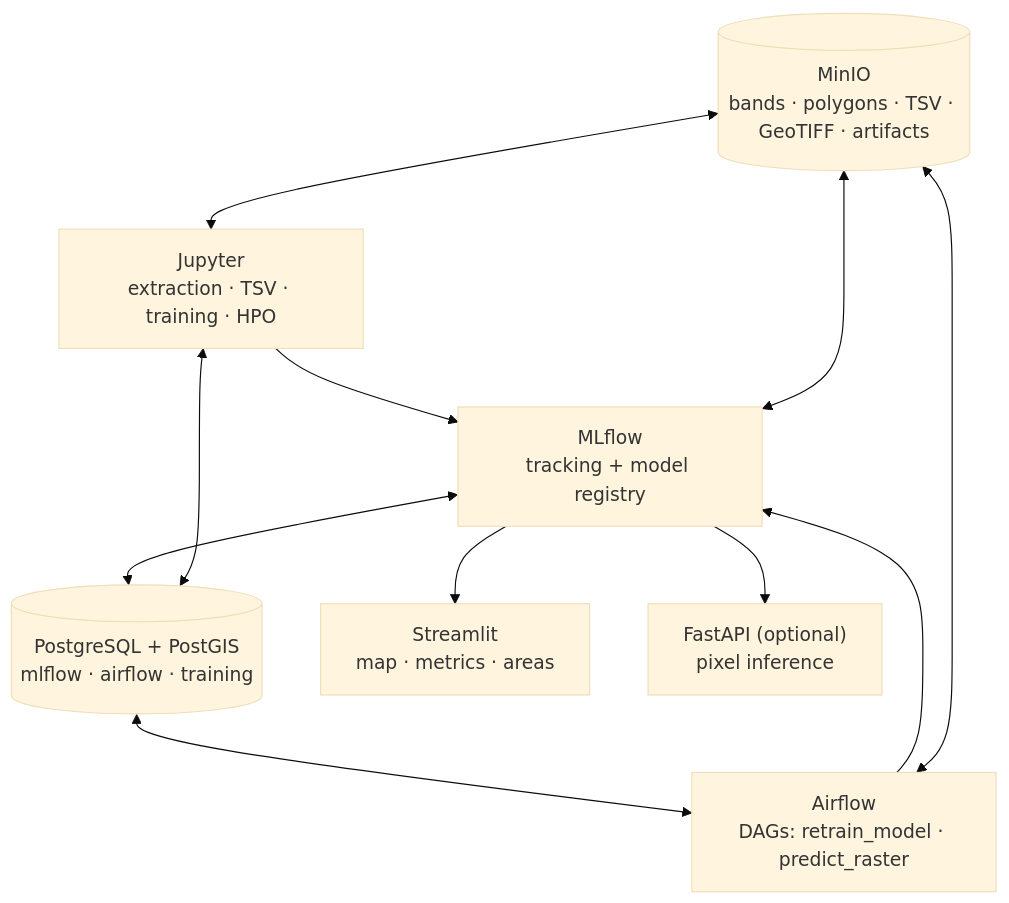
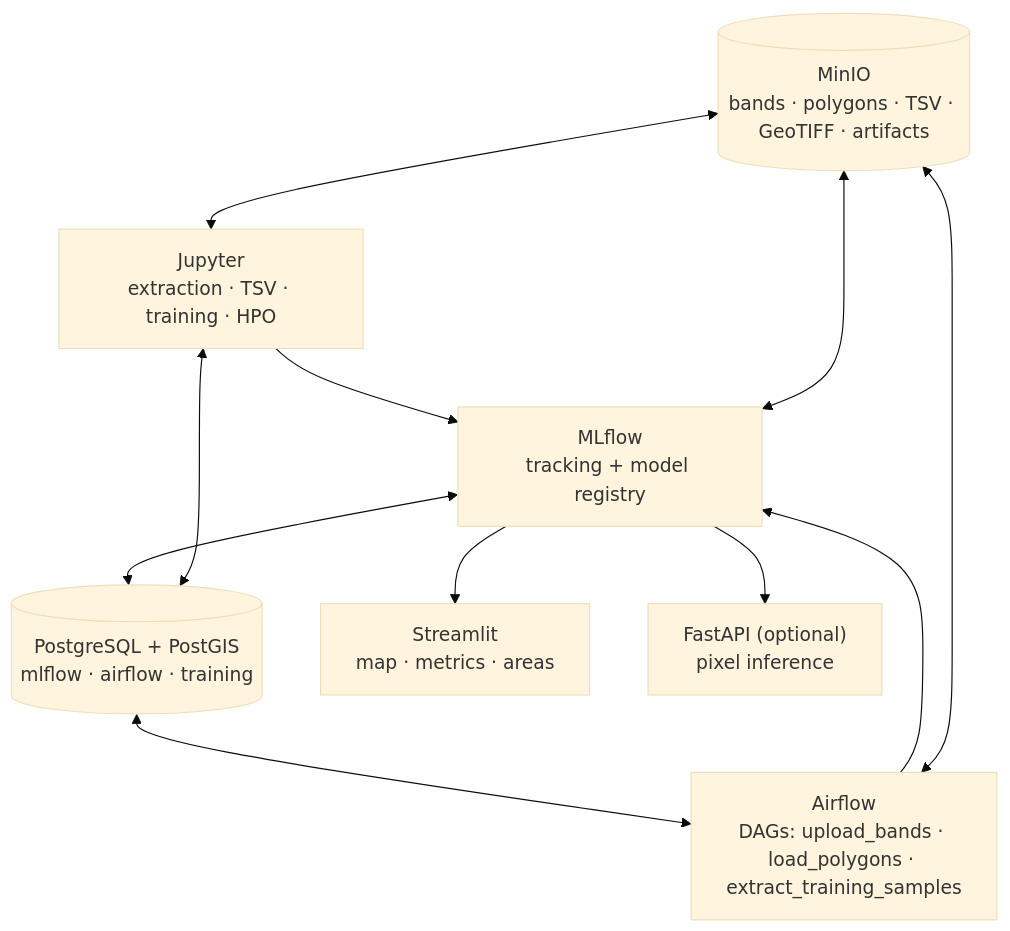
One commit to aristotekean/sentinel2-land-cover-classification changed the diagram in README.md. Above: the diagram before and after it, drawn with Mermaid (base theme). The commit also changed other lines of this file and 4 other files, not shown here.

First line of the commit message:
chore(airflow): remove skeleton retrain_model and predict_raster DAGs

````diff
--- a/README.md
+++ b/README.md
@@ -17,21 +17,21 @@
 ```mermaid
 flowchart TB
     minio[("MinIO<br/>bands · polygons · TSV · GeoTIFF · artifacts")]
     pg[("PostgreSQL + PostGIS<br/>mlflow · airflow · training")]
     jupyter["Jupyter<br/>extraction · TSV · training · HPO"]
-    airflow["Airflow<br/>DAGs: retrain_model · predict_raster"]
+    airflow["Airflow<br/>DAGs: upload_bands · load_polygons · extract_training_samples"]
     mlflow["MLflow<br/>tracking + model registry"]
     streamlit["Streamlit<br/>map · metrics · areas"]
     api["FastAPI (optional)<br/>pixel inference"]
 
     minio <--> jupyter
     pg <--> airflow
     pg <--> jupyter
     jupyter --> mlflow
     airflow --> mlflow
     airflow <--> minio
     mlflow <--> pg
     mlflow <--> minio
     mlflow --> streamlit
     mlflow --> api
 ```
````
